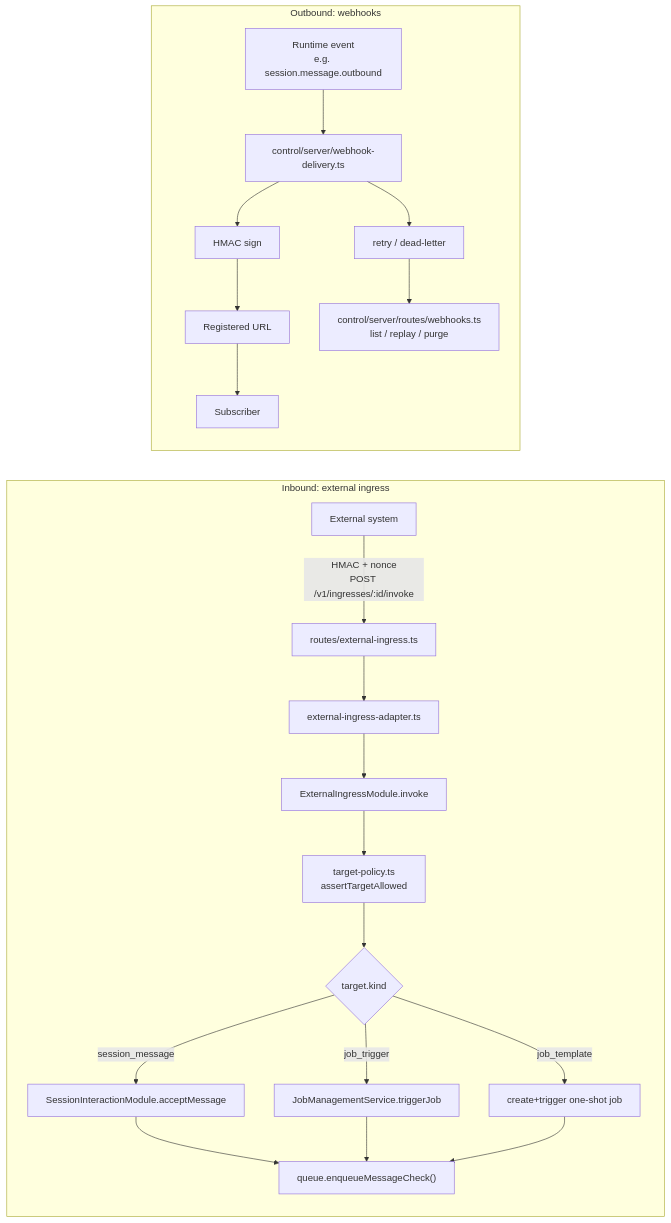
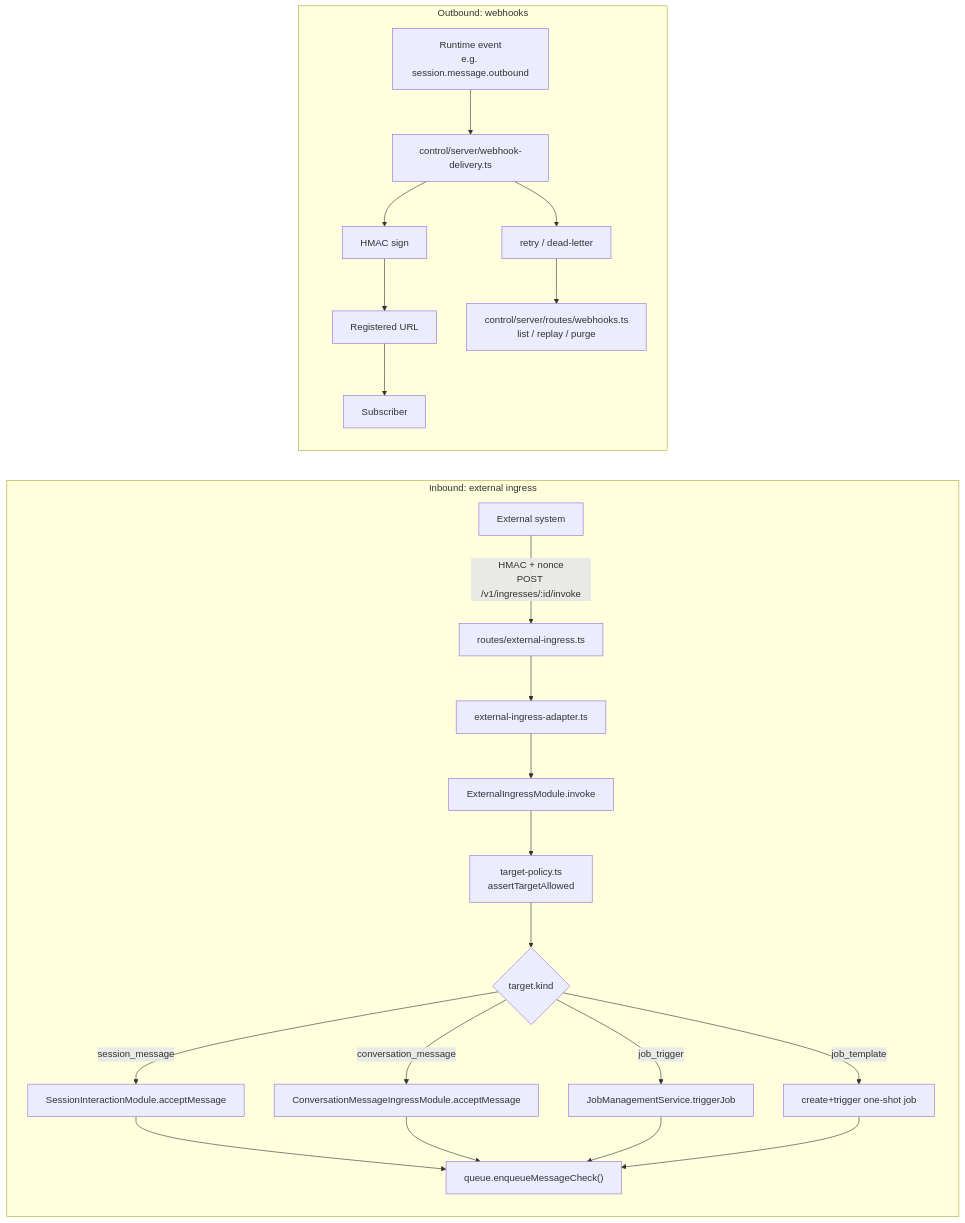
The tenth of 12 diagrams in docs/architecture/overview.md (cawstudios/Agent.Gantry), drawn with Mermaid before and after one commit. The commit also changed other lines of this file and 263 other files, not shown here.

````diff
--- a/docs/architecture/overview.md
+++ b/docs/architecture/overview.md
@@ -521,24 +521,26 @@
 ```mermaid
 flowchart LR
   subgraph "Inbound: external ingress"
     Caller[External system] -->|"HMAC + nonce<br/>POST /v1/ingresses/:id/invoke"| Route[routes/external-ingress.ts]
     Route --> Adapter[external-ingress-adapter.ts]
     Adapter --> Module[ExternalIngressModule.invoke]
     Module --> Policy[target-policy.ts<br/>assertTargetAllowed]
     Policy --> Dispatch{target.kind}
     Dispatch -->|session_message| Sess[SessionInteractionModule.acceptMessage]
+    Dispatch -->|conversation_message| Conv[ConversationMessageIngressModule.acceptMessage]
     Dispatch -->|job_trigger| JT[JobManagementService.triggerJob]
     Dispatch -->|job_template| Tmpl[create+trigger one-shot job]
     Sess --> Enq["queue.enqueueMessageCheck()"]
+    Conv --> Enq
     JT --> Enq
     Tmpl --> Enq
   end
   subgraph "Outbound: webhooks"
     Event[Runtime event<br/>e.g. session.message.outbound] --> Deliver[control/server/webhook-delivery.ts]
     Deliver --> Sign[HMAC sign]
     Sign --> URL[Registered URL]
     URL --> Sub[Subscriber]
     Deliver --> Retry[retry / dead-letter]
     Retry --> Routes[control/server/routes/webhooks.ts<br/>list / replay / purge]
   end
 ```
````
